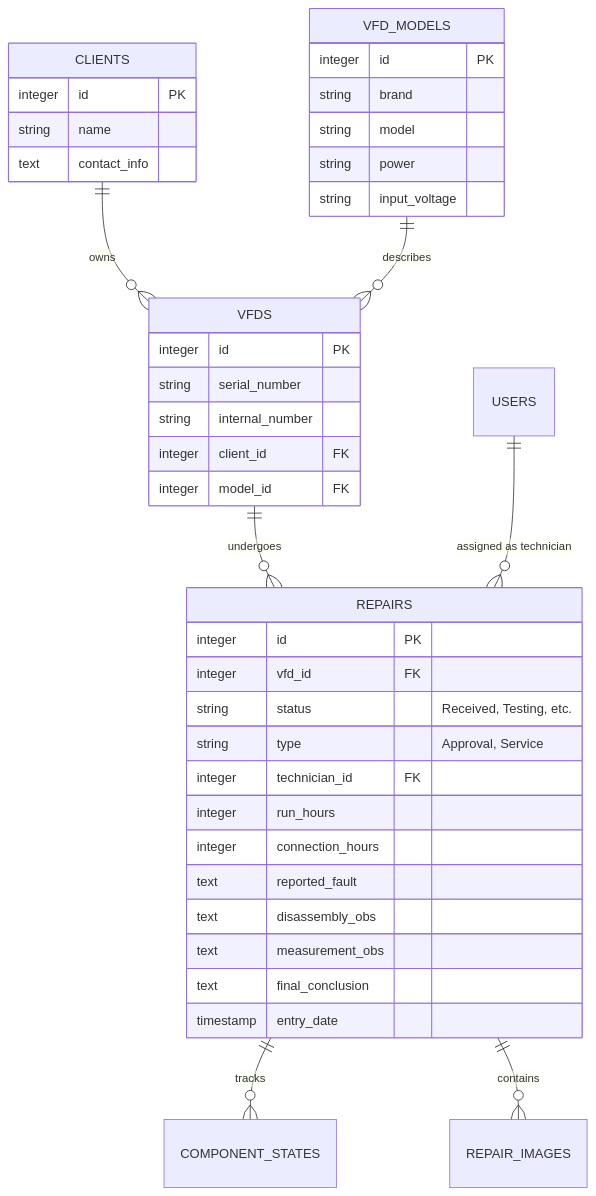
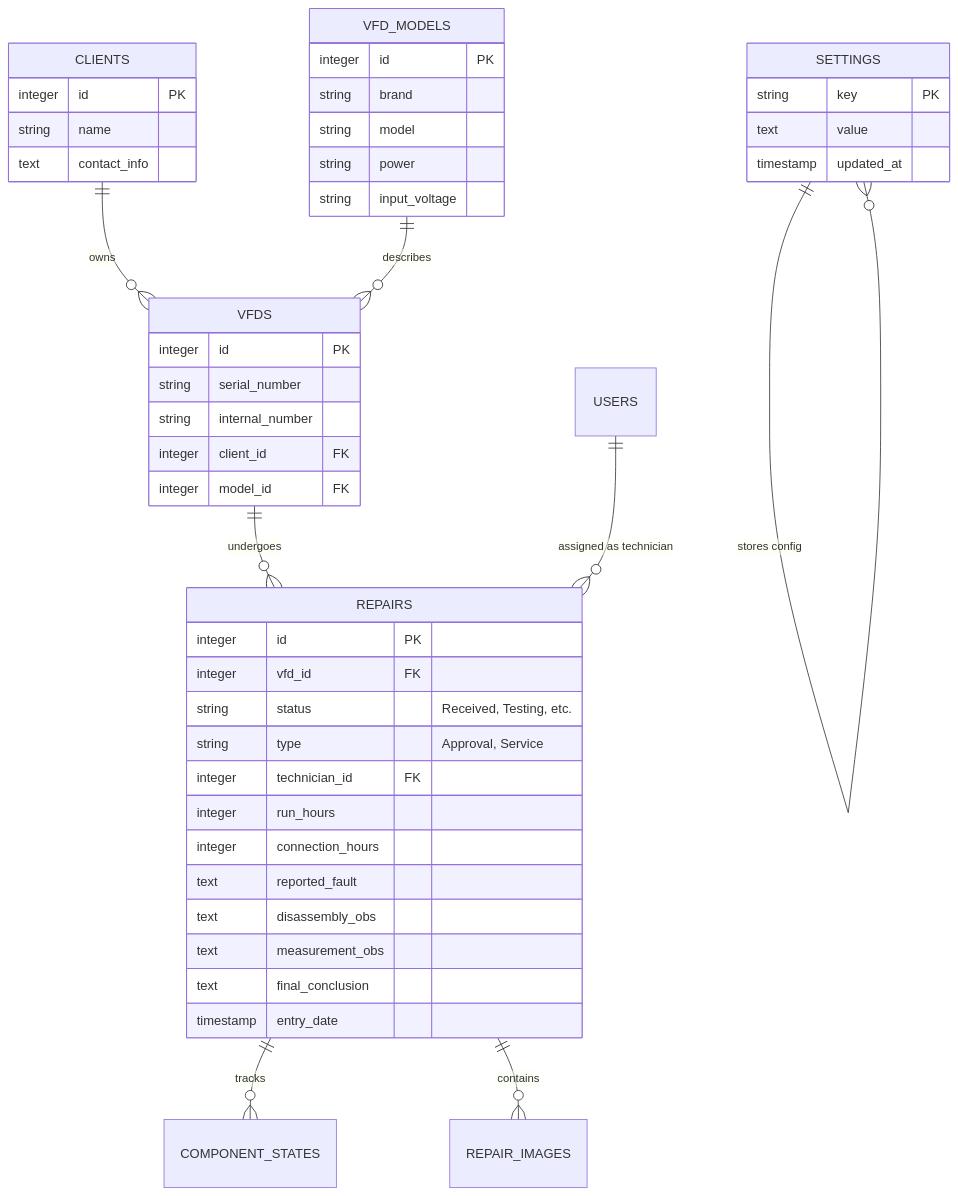
Before and after one commit to Pichi-Cell/VFD-Management: the diagram in context/database_schema.md, drawn with Mermaid. The commit also changed 46 other files, not shown here.

````diff
--- a/context/database_schema.md
+++ b/context/database_schema.md
@@ -7,46 +7,53 @@
 ```mermaid
 erDiagram
     CLIENTS ||--o{ VFDS : "owns"
     VFD_MODELS ||--o{ VFDS : "describes"
     VFDS ||--o{ REPAIRS : "undergoes"
     REPAIRS ||--o{ COMPONENT_STATES : "tracks"
     REPAIRS ||--o{ REPAIR_IMAGES : "contains"
     USERS ||--o{ REPAIRS : "assigned as technician"
+    SETTINGS ||--o{ SETTINGS : "stores config"
 
     CLIENTS {
         integer id PK
         string name
         text contact_info
     }
 
     VFD_MODELS {
         integer id PK
         string brand
         string model
         string power
         string input_voltage
     }
 
     VFDS {
         integer id PK
         string serial_number
         string internal_number
         integer client_id FK
         integer model_id FK
     }
 
     REPAIRS {
         integer id PK
         integer vfd_id FK
         string status "Received, Testing, etc."
         string type "Approval, Service"
         integer technician_id FK
         integer run_hours
         integer connection_hours
         text reported_fault
         text disassembly_obs
         text measurement_obs
         text final_conclusion
         timestamp entry_date
     }
+
+    SETTINGS {
+        string key PK
+        text value
+        timestamp updated_at
+    }
 ```
````
